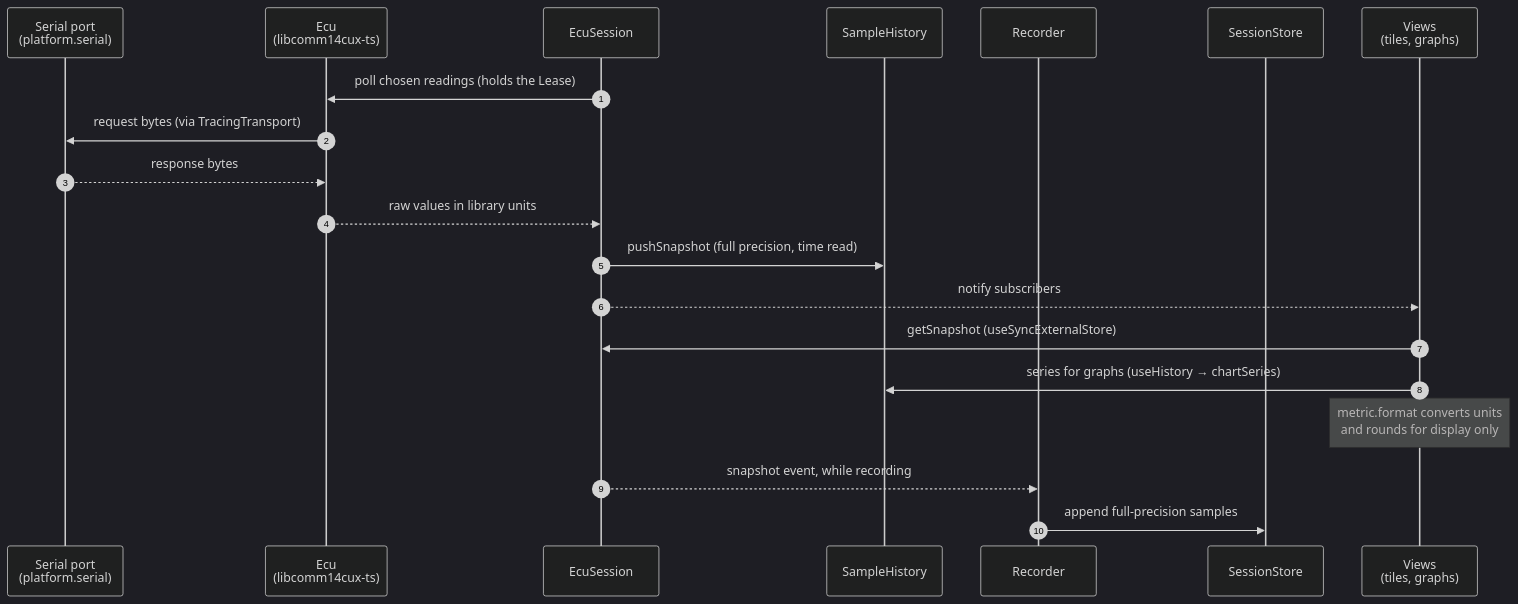
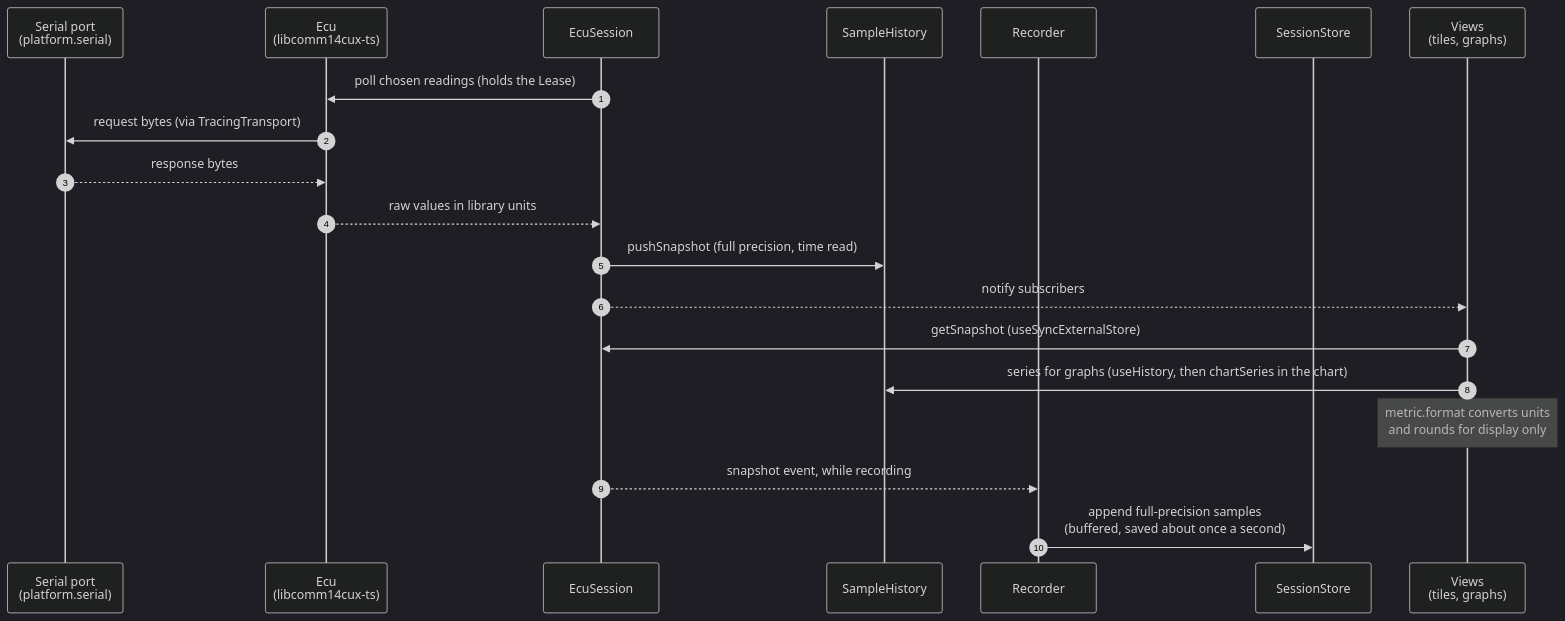
The third of 3 diagrams in docs/architecture.md (KB1RMA/14cux-gauge), drawn with Mermaid (dark theme) before and after one commit. The commit also changed other lines of this file, not shown here.

First line of the commit message:
docs: correct the architecture diagrams' lease, series and recorder edges

````diff
--- a/docs/architecture.md
+++ b/docs/architecture.md
@@ -142,23 +157,23 @@
 ```mermaid
 sequenceDiagram
   autonumber
   participant Port as Serial port<br/>(platform.serial)
   participant Ecu as Ecu<br/>(libcomm14cux-ts)
   participant Session as EcuSession
   participant History as SampleHistory
   participant Recorder as Recorder
   participant Store as SessionStore
   participant View as Views<br/>(tiles, graphs)
 
   Session->>Ecu: poll chosen readings (holds the Lease)
   Ecu->>Port: request bytes (via TracingTransport)
   Port-->>Ecu: response bytes
   Ecu-->>Session: raw values in library units
   Session->>History: pushSnapshot (full precision, time read)
   Session-->>View: notify subscribers
   View->>Session: getSnapshot (useSyncExternalStore)
-  View->>History: series for graphs (useHistory → chartSeries)
+  View->>History: series for graphs (useHistory, then chartSeries in the chart)
   Note over View: metric.format converts units<br/>and rounds for display only
   Session-->>Recorder: snapshot event, while recording
-  Recorder->>Store: append full-precision samples
+  Recorder->>Store: append full-precision samples<br/>(buffered, saved about once a second)
 ```
````
